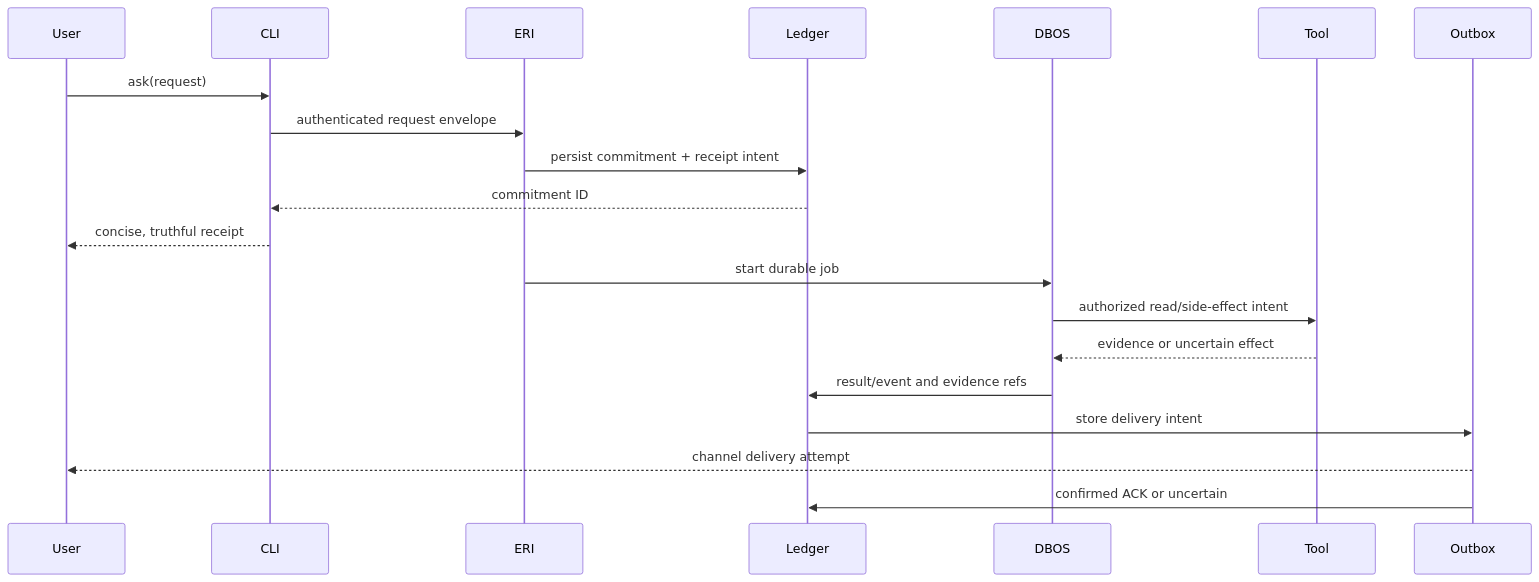
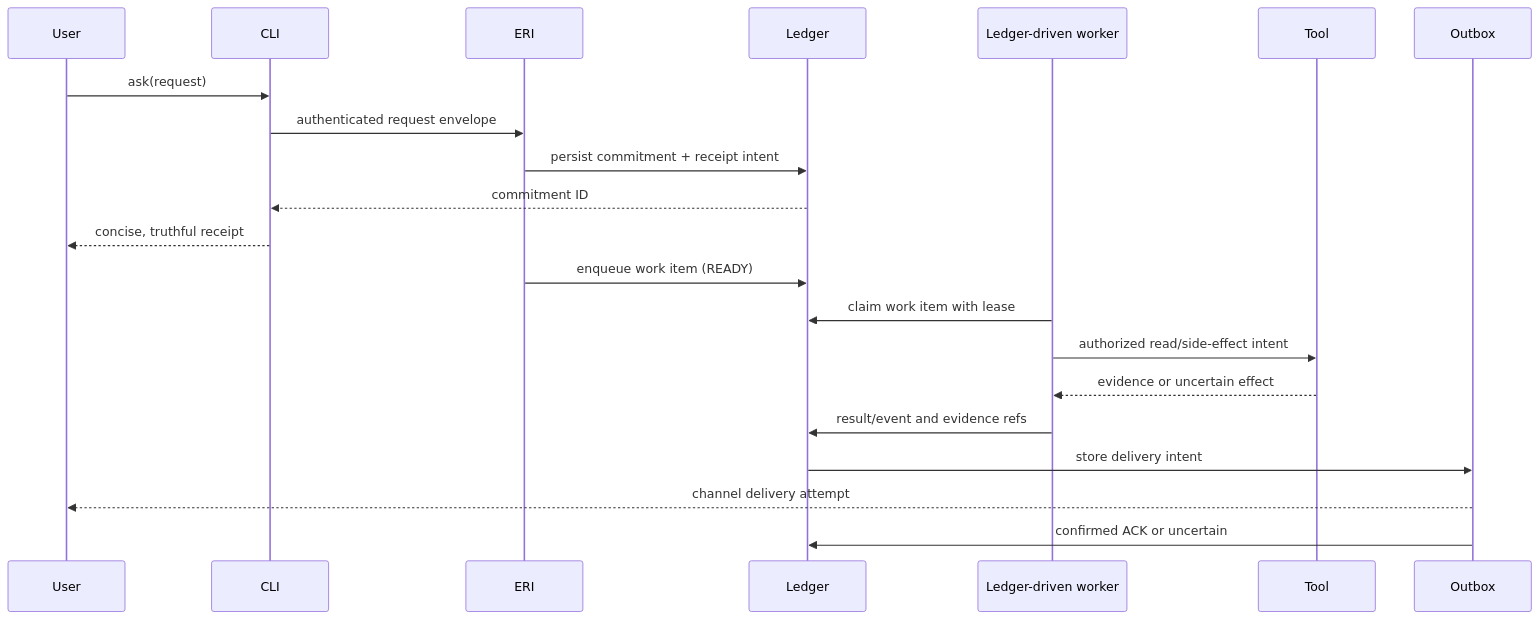
Before and after one commit to clebeson/quati: the diagram in diagrams/06_REQUEST_AND_EFFECT_LIFECYCLE.mmd, drawn with Mermaid. The commit also changed 596 other files, not shown here.

```diff
--- a/diagrams/06_REQUEST_AND_EFFECT_LIFECYCLE.mmd
+++ b/diagrams/06_REQUEST_AND_EFFECT_LIFECYCLE.mmd
@@ -1,20 +1,21 @@
 sequenceDiagram
   participant User
   participant CLI
   participant ERI
   participant Ledger
-  participant DBOS
+  participant Worker as Ledger-driven worker
   participant Tool
   participant Outbox
   User->>CLI: ask(request)
   CLI->>ERI: authenticated request envelope
   ERI->>Ledger: persist commitment + receipt intent
   Ledger-->>CLI: commitment ID
   CLI-->>User: concise, truthful receipt
-  ERI->>DBOS: start durable job
-  DBOS->>Tool: authorized read/side-effect intent
-  Tool-->>DBOS: evidence or uncertain effect
-  DBOS->>Ledger: result/event and evidence refs
+  ERI->>Ledger: enqueue work item (READY)
+  Worker->>Ledger: claim work item with lease
+  Worker->>Tool: authorized read/side-effect intent
+  Tool-->>Worker: evidence or uncertain effect
+  Worker->>Ledger: result/event and evidence refs
   Ledger->>Outbox: store delivery intent
   Outbox-->>User: channel delivery attempt
   Outbox->>Ledger: confirmed ACK or uncertain
```
